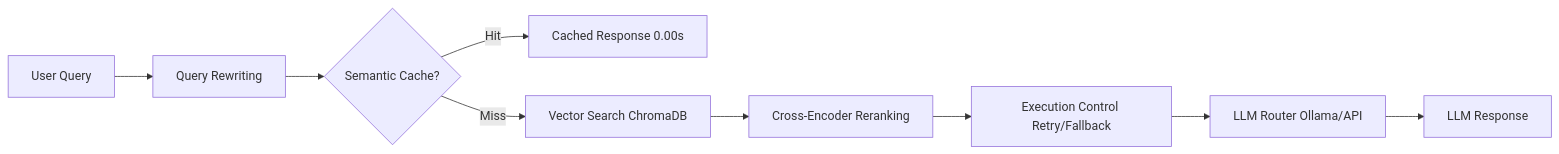
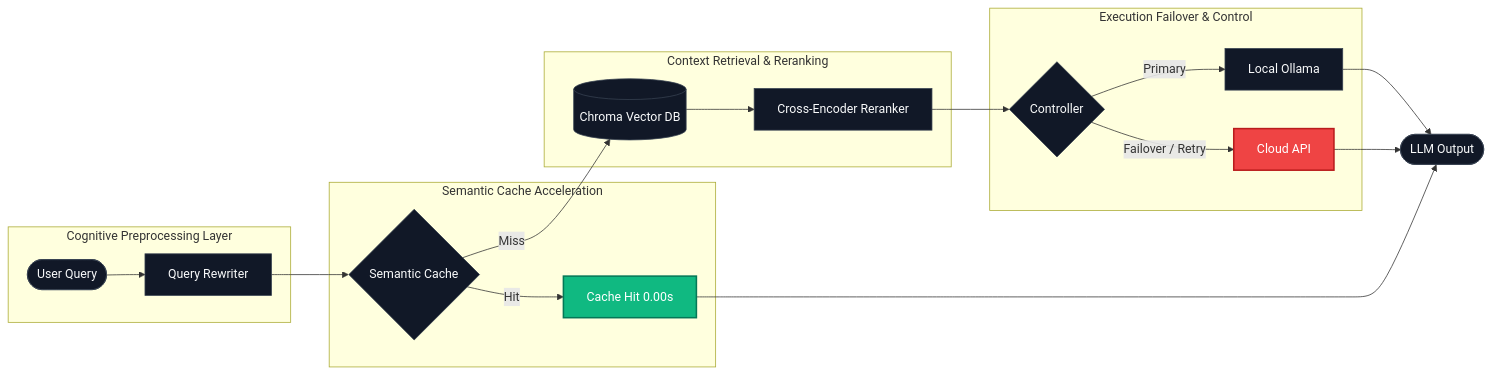
Before and after one commit to Hao610/AI-Model-Atlas: the first of 3 diagrams in README.md, drawn with Mermaid. The commit also changed other lines of this file and 1 other file, not shown here.

Commit message:
docs: upgrade to v3.5 flagship UX architecture layout (System Poster, Run Path Selector, System Runtime Model)

````diff
--- a/README.md
+++ b/README.md
@@ -15,13 +15,34 @@
 ```mermaid
 flowchart LR
-    UserQuery[User Query] --> QueryRewriter[Query Rewriting]
-    QueryRewriter --> SemanticCache{Semantic Cache?}
-    
-    SemanticCache -->|Hit| FastResponse[Cached Response 0.00s]
-    SemanticCache -->|Miss| VectorSearch[Vector Search ChromaDB]
-    
-    VectorSearch --> Reranker[Cross-Encoder Reranking]
-    Reranker --> ExecutionController[Execution Control Retry/Fallback]
-    ExecutionController --> LLMRouter[LLM Router Ollama/API]
-    LLMRouter --> FinalOutput[LLM Response]
+    subgraph Pre [Cognitive Preprocessing Layer]
+        User([User Query]) --> Rewriter[Query Rewriter]
+    end
+
+    subgraph Fast [Semantic Cache Acceleration]
+        Rewriter --> Cache{Semantic Cache}
+        Cache -->|Hit| Hit[Cache Hit 0.00s]
+    end
+
+    subgraph Search [Context Retrieval & Reranking]
+        Cache -->|Miss| DB[(Chroma Vector DB)]
+        DB --> Reranker[Cross-Encoder Reranker]
+    end
+
+    subgraph Exec [Execution Failover & Control]
+        Reranker --> Controller{Controller}
+        Controller -->|Primary| Ollama[Local Ollama]
+        Controller -->|Failover / Retry| CloudAPI[Cloud API]
+    end
+
+    Ollama --> Final([LLM Output])
+    CloudAPI --> Final
+    Hit --> Final
+
+    classDef default fill:#111827,stroke:#374151,stroke-width:1px,color:#f9fafb;
+    classDef highlight fill:#10b981,stroke:#047857,stroke-width:2px,color:#fff;
+    classDef alert fill:#ef4444,stroke:#b91c1c,stroke-width:2px,color:#fff;
+    classDef title fill:#1f2937,stroke:#4b5563,stroke-width:1px,color:#f3f4f6;
+
+    class Hit highlight;
+    class CloudAPI alert;
 ```
````
